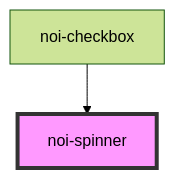
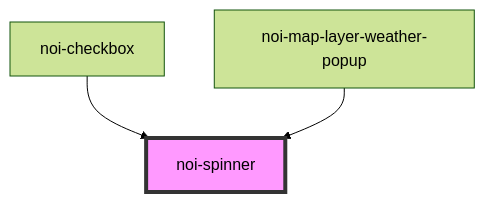
The diagram in src/blocks/spinner/readme.md (MaxXx1313/webcomp-digiway), drawn with Mermaid (forest theme) before and after one commit. The commit also changed other lines of this file and 12 other files, not shown here.

````diff
--- a/src/blocks/spinner/readme.md
+++ b/src/blocks/spinner/readme.md
@@ -28,5 +29,6 @@
 ```mermaid
 graph TD;
   noi-checkbox --> noi-spinner
+  noi-map-layer-weather-popup --> noi-spinner
   style noi-spinner fill:#f9f,stroke:#333,stroke-width:4px
 ```
````
